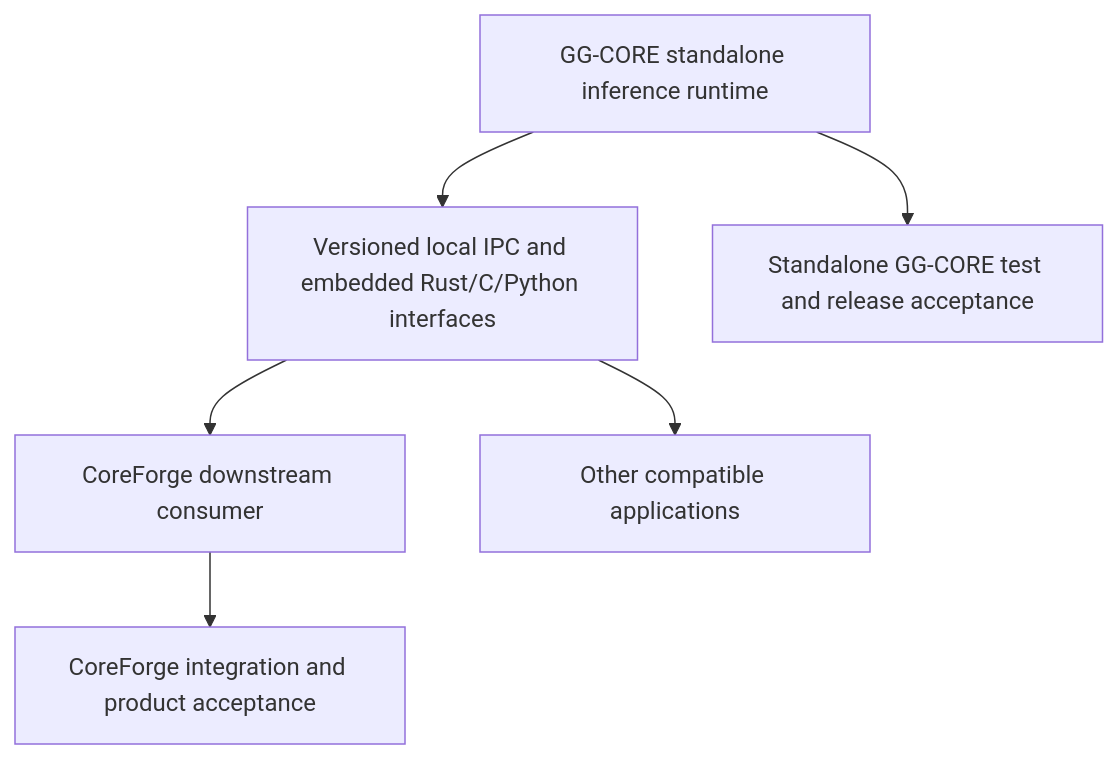
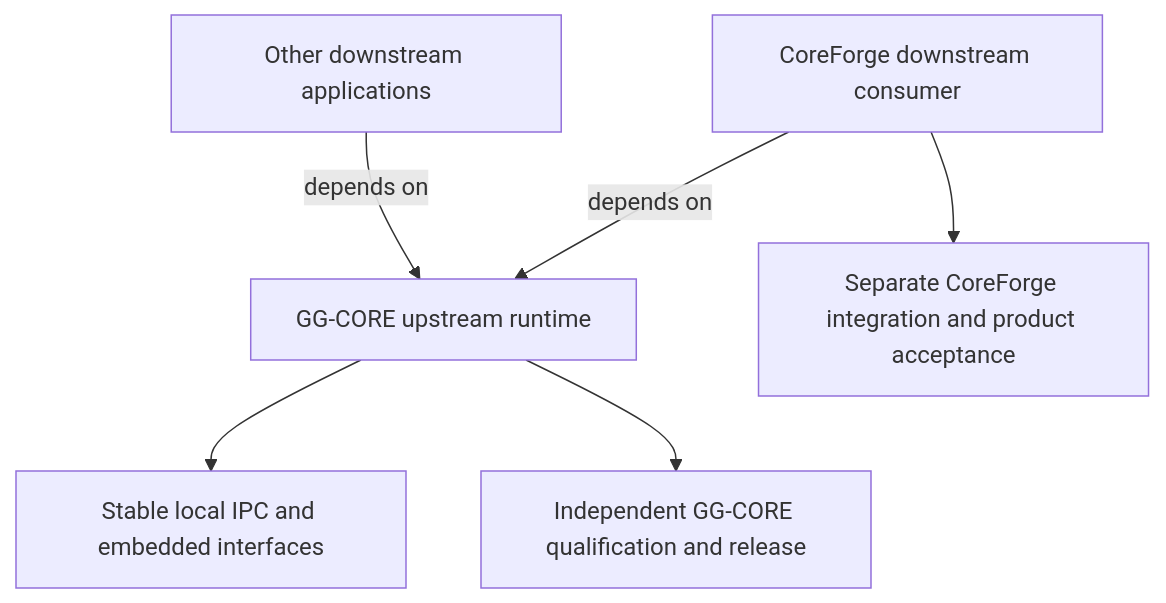
One commit to MythologIQ-Labs-LLC/GG-CORE changed the diagram in docs/architecture/STANDALONE_DEPENDENCY_DIRECTION.md. Above: the diagram before and after it, drawn with Mermaid. The commit also changed other lines of this file, not shown here.

Commit message:
docs(diagrams): distinguish IPC from embedded execution and show true dependency direction [skip ci]

````diff
--- a/docs/architecture/STANDALONE_DEPENDENCY_DIRECTION.md
+++ b/docs/architecture/STANDALONE_DEPENDENCY_DIRECTION.md
@@ -15,9 +15,8 @@
 ```mermaid
 flowchart TD
-    GG[GG-CORE standalone inference runtime]
-    GG --> Contract[Versioned local IPC and embedded Rust/C/Python interfaces]
-    Contract --> CoreForge[CoreForge downstream consumer]
-    Contract --> Other[Other compatible applications]
-    GG --> Acceptance[Standalone GG-CORE test and release acceptance]
-    CoreForge --> ConsumerGate[CoreForge integration and product acceptance]
+    CoreForge[CoreForge downstream consumer] -->|depends on| GG[GG-CORE upstream runtime]
+    Other[Other downstream applications] -->|depends on| GG
+    GG --> Contract[Stable local IPC and embedded interfaces]
+    GG --> Acceptance[Independent GG-CORE qualification and release]
+    CoreForge --> ConsumerGate[Separate CoreForge integration and product acceptance]
 ```
````
